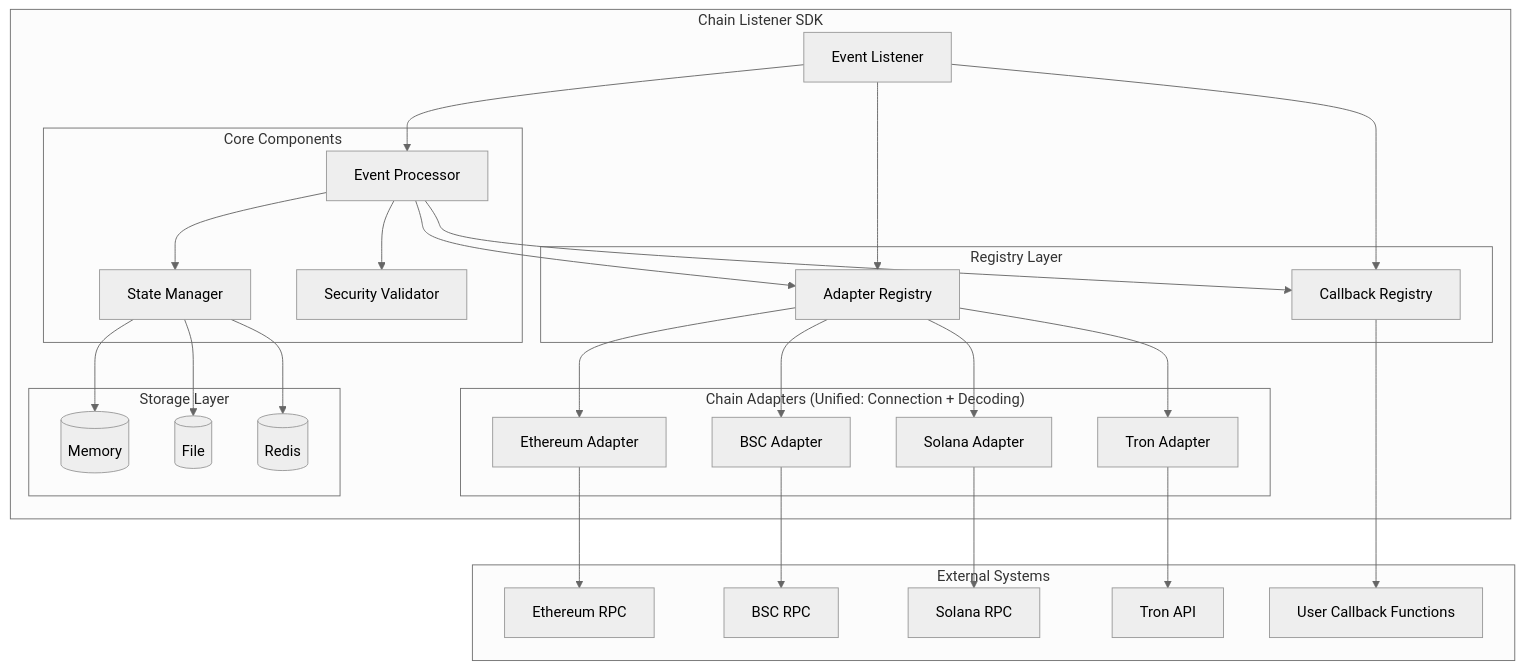
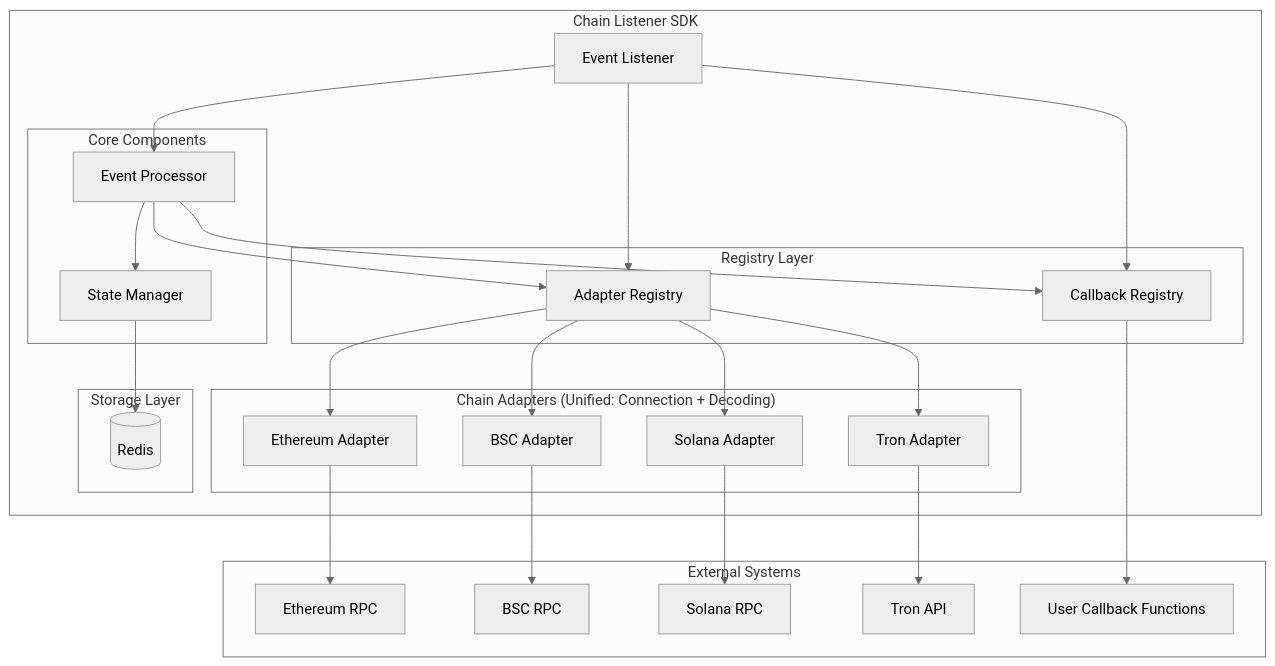
The first of 2 diagrams in TECHNICAL_SOLUTION.md (vincentzhong1997-alt/chain-listener), drawn with Mermaid (neutral theme) before and after one commit. The commit also changed other lines of this file and 2 other files, not shown here.

First line of the commit message:
docs: Update project architecture documentation with comprehensive technical design

````diff
--- a/TECHNICAL_SOLUTION.md
+++ b/TECHNICAL_SOLUTION.md
@@ -20,69 +7,63 @@
 ```mermaid
 graph TB
     subgraph "Chain Listener SDK"
         Coordinator[Event Listener]
 
         subgraph "Registry Layer"
             AdapterRegistry[Adapter Registry]
             CallbackRegistry[Callback Registry]
         end
 
         subgraph "Chain Adapters (Unified: Connection + Decoding)"
             ETH[Ethereum Adapter]
             BSC[BSC Adapter]
             SOL[Solana Adapter]
             TRON[Tron Adapter]
         end
 
         subgraph "Core Components"
             Processor[Event Processor]
             StateManager[State Manager]
-            SecurityValidator[Security Validator]
         end
 
         subgraph "Storage Layer"
-            MemoryStore[(Memory)]
-            FileStore[(File)]
             RedisStore[(Redis)]
         end
     end
 
     subgraph "External Systems"
         ETH_RPC[Ethereum RPC]
         BSC_RPC[BSC RPC]
         SOL_RPC[Solana RPC]
         TRON_RPC[Tron API]
         UserCallbacks[User Callback Functions]
     end
 
     Coordinator --> AdapterRegistry
     Coordinator --> CallbackRegistry
 
     AdapterRegistry --> ETH
     AdapterRegistry --> BSC
     AdapterRegistry --> SOL
     AdapterRegistry --> TRON
 
     ETH --> ETH_RPC
     BSC --> BSC_RPC
     SOL --> SOL_RPC
     TRON --> TRON_RPC
 
     Coordinator --> Processor
     Processor --> AdapterRegistry
-    Processor --> SecurityValidator
     Processor --> StateManager
     Processor --> CallbackRegistry
 
-    StateManager --> MemoryStore
-    StateManager --> FileStore
     StateManager --> RedisStore
 
     CallbackRegistry --> UserCallbacks
 
     %% Note: Each Chain Adapter includes both connection management and event decoding capabilities
     classDef ETH fill:#e1f5fe
     classDef BSC fill:#e8f5e8
     classDef SOL fill:#fff3e0
     classDef TRON fill:#fce4ec
 ```
````
